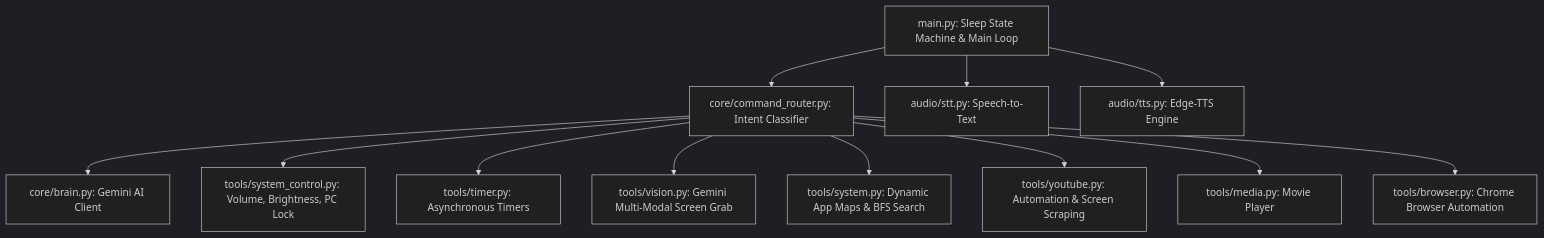
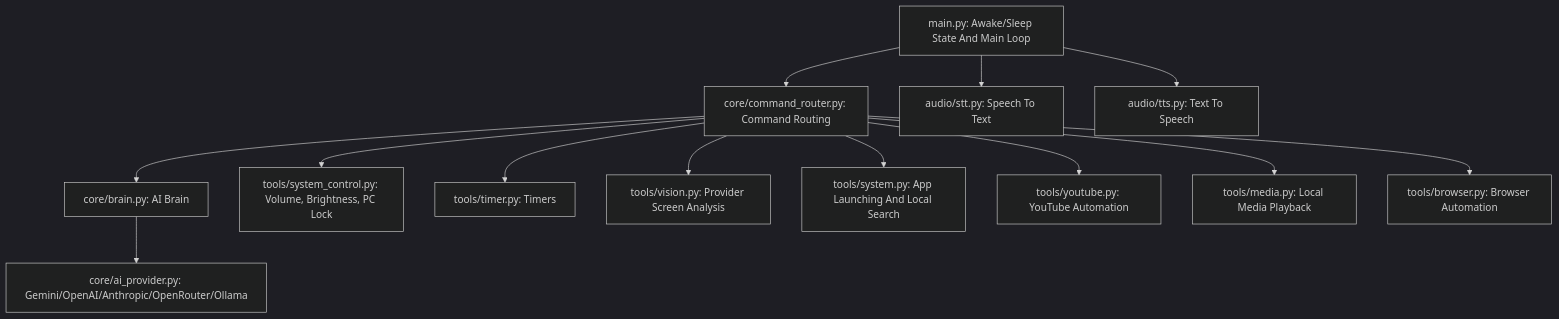
The diagram in README.md (AbuBakar223200/Friday), drawn with Mermaid (dark theme) before and after one commit. The commit also changed other lines of this file and 18 other files, not shown here.

````diff
--- a/README.md
+++ b/README.md
@@ -51,16 +109,17 @@
 ```mermaid
 graph TD
-    A[main.py: Sleep State Machine & Main Loop] --> B[core/command_router.py: Intent Classifier]
-    B --> C[core/brain.py: Gemini AI Client]
-    
-    A --> D[audio/stt.py: Speech-to-Text]
-    A --> E[audio/tts.py: Edge-TTS Engine]
-    
+    A[main.py: Awake/Sleep State And Main Loop] --> B[core/command_router.py: Command Routing]
+    B --> C[core/brain.py: AI Brain]
+    C --> M[core/ai_provider.py: Gemini/OpenAI/Anthropic/OpenRouter/Ollama]
+
+    A --> D[audio/stt.py: Speech To Text]
+    A --> E[audio/tts.py: Text To Speech]
+
     B --> F[tools/system_control.py: Volume, Brightness, PC Lock]
-    B --> G[tools/timer.py: Asynchronous Timers]
-    B --> H[tools/vision.py: Gemini Multi-Modal Screen Grab]
-    B --> I[tools/system.py: Dynamic App Maps & BFS Search]
-    B --> J[tools/youtube.py: Automation & Screen Scraping]
-    B --> K[tools/media.py: Movie Player]
-    B --> L[tools/browser.py: Chrome Browser Automation]
+    B --> G[tools/timer.py: Timers]
+    B --> H[tools/vision.py: Provider Screen Analysis]
+    B --> I[tools/system.py: App Launching And Local Search]
+    B --> J[tools/youtube.py: YouTube Automation]
+    B --> K[tools/media.py: Local Media Playback]
+    B --> L[tools/browser.py: Browser Automation]
 ```
````
